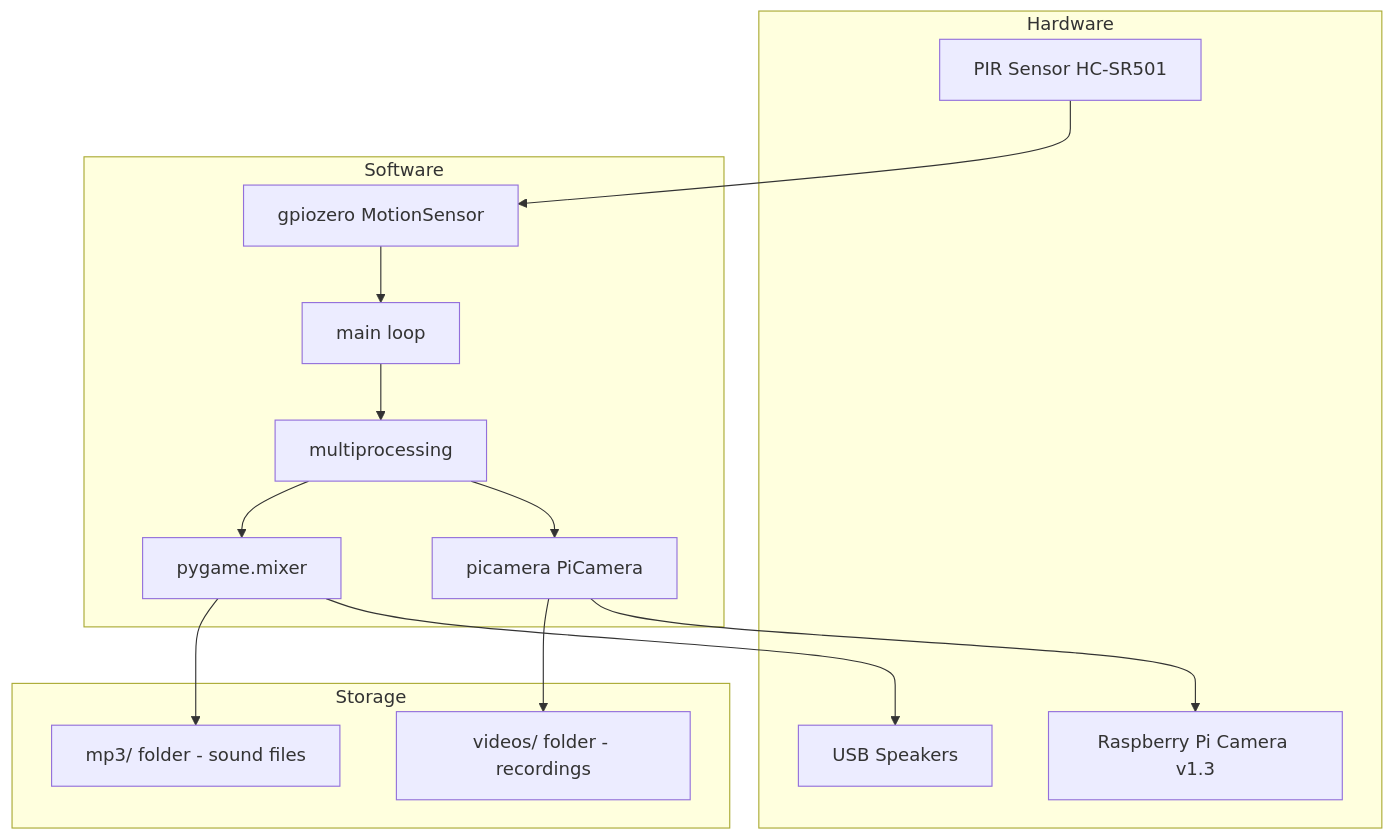
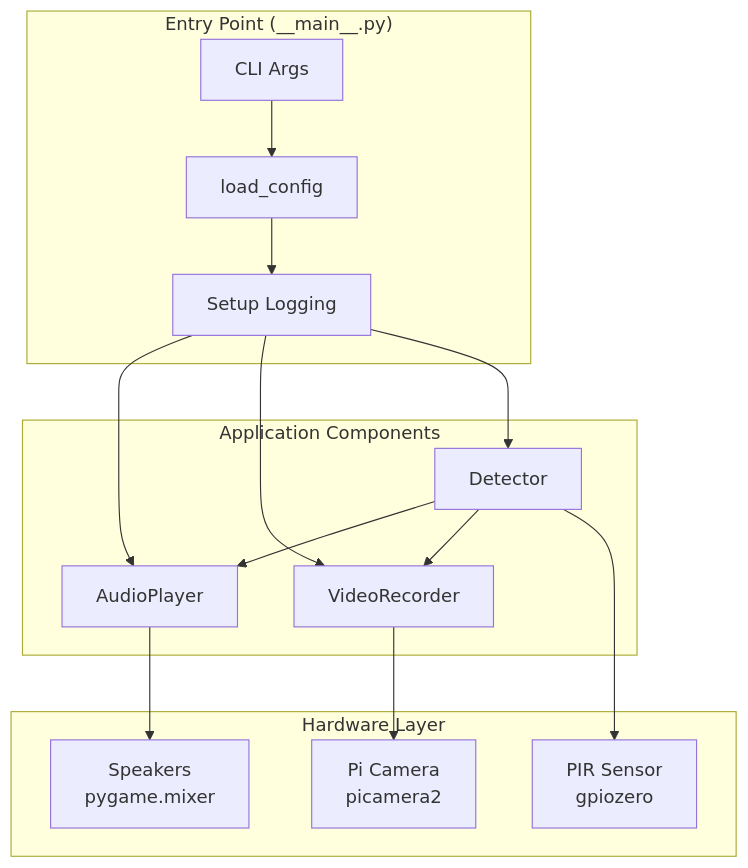
The first of 2 diagrams in .agents/summary/architecture.md (frankenwino/halloween-motion-detector), drawn with Mermaid before and after one commit. The commit also changed other lines of this file and 9 other files, not shown here.

````diff
--- a/.agents/summary/architecture.md
+++ b/.agents/summary/architecture.md
@@ -9,31 +9,28 @@
 ```mermaid
 graph TB
-    subgraph Hardware
-        PIR[PIR Sensor HC-SR501]
-        CAM[Raspberry Pi Camera v1.3]
-        SPK[USB Speakers]
+    subgraph Entry["Entry Point (__main__.py)"]
+        CLI[CLI Args] --> CFG[load_config]
+        CFG --> LOG[Setup Logging]
     end
 
-    subgraph Software
-        MAIN[main loop]
-        GPIO[gpiozero MotionSensor]
-        PICAM[picamera PiCamera]
-        PYGAME[pygame.mixer]
-        MP[multiprocessing]
+    subgraph Components["Application Components"]
+        AP[AudioPlayer]
+        VR[VideoRecorder]
+        DET[Detector]
     end
 
-    subgraph Storage
-        MP3[mp3/ folder - sound files]
-        VID[videos/ folder - recordings]
+    subgraph Hardware["Hardware Layer"]
+        PIR[PIR Sensor<br/>gpiozero]
+        CAM[Pi Camera<br/>picamera2]
+        SPK[Speakers<br/>pygame.mixer]
     end
 
-    PIR --> GPIO
-    GPIO --> MAIN
-    MAIN --> MP
-    MP --> PICAM
-    MP --> PYGAME
-    PICAM --> CAM
-    PICAM --> VID
-    PYGAME --> SPK
-    PYGAME --> MP3
+    LOG --> AP
+    LOG --> VR
+    LOG --> DET
+    DET --> AP
+    DET --> VR
+    DET --> PIR
+    AP --> SPK
+    VR --> CAM
 ```
````
